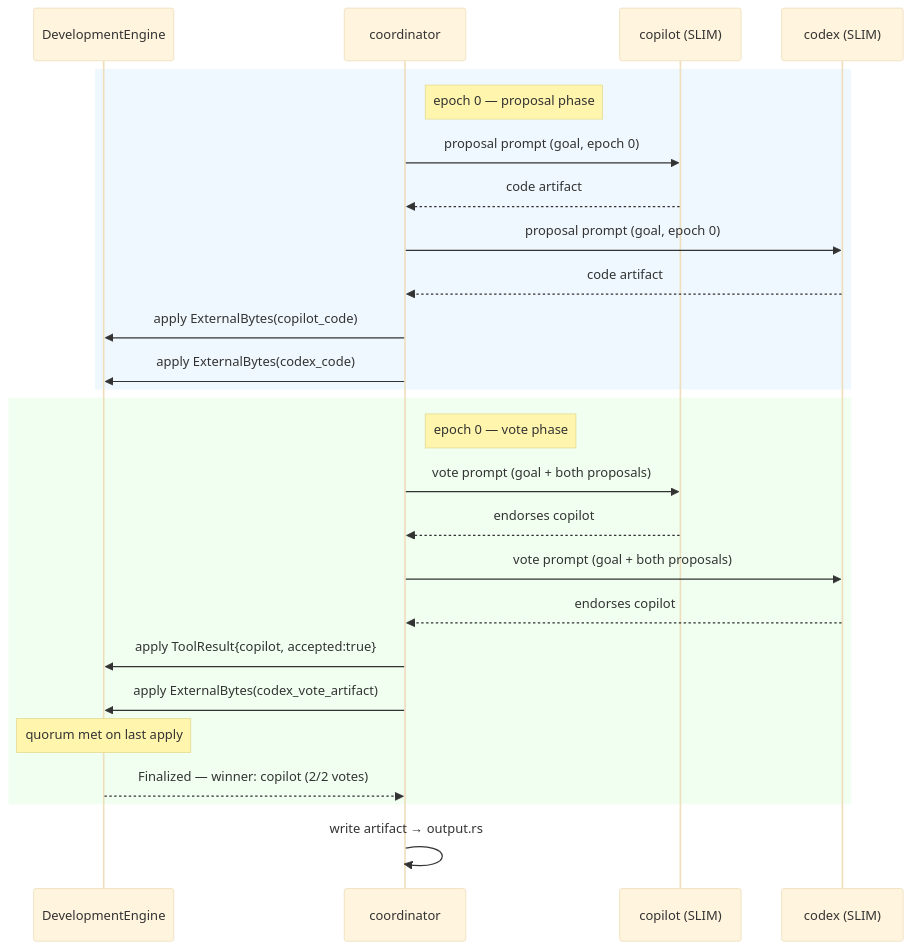
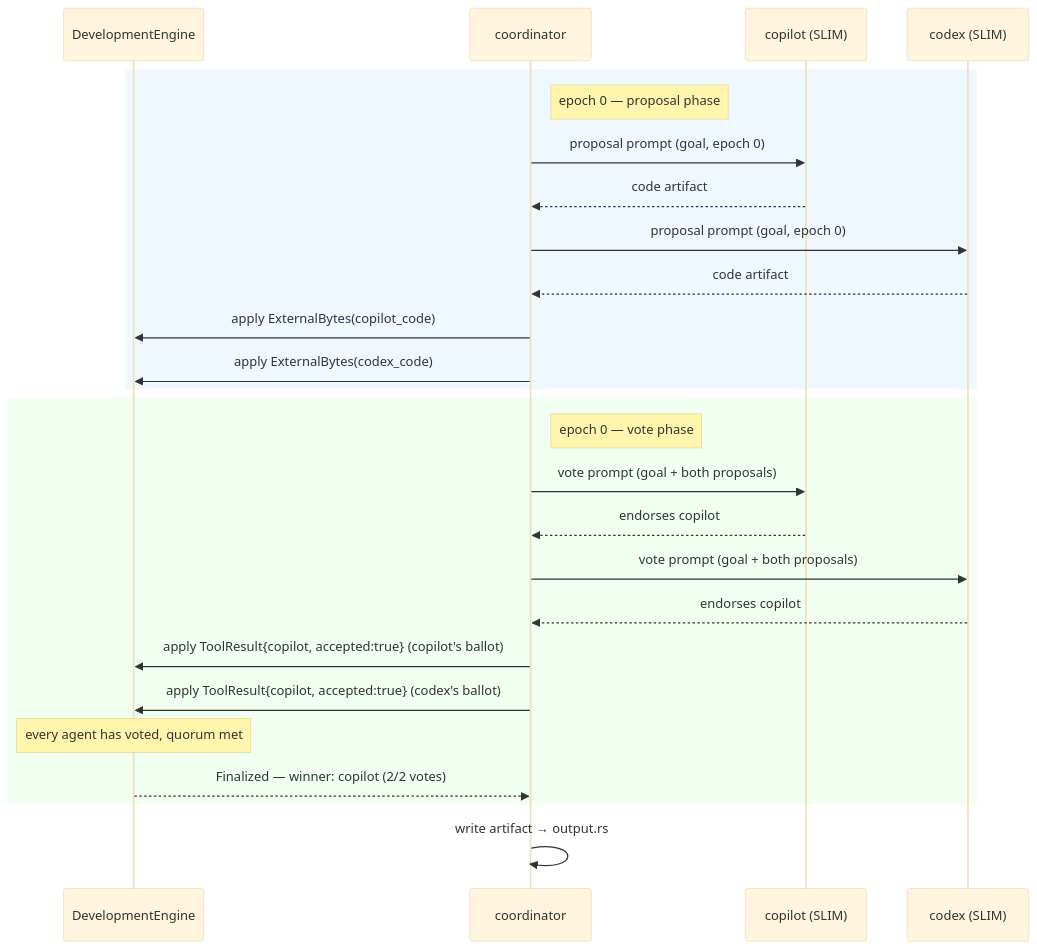
The second of 3 diagrams in docs/content/agentbridge.md (agntcy/shadi), drawn with Mermaid (base theme) before and after one commit. The commit also changed other lines of this file and 6 other files, not shown here.

````diff
--- a/docs/content/agentbridge.md
+++ b/docs/content/agentbridge.md
@@ -121,31 +123,31 @@
 ```mermaid
 sequenceDiagram
   participant MAS as DevelopmentEngine
   participant CO as coordinator
   participant A  as copilot (SLIM)
   participant B  as codex   (SLIM)
 
   rect rgb(240,248,255)
     note right of CO: epoch 0 — proposal phase
     CO->>A: proposal prompt  (goal, epoch 0)
     A-->>CO: code artifact
     CO->>B: proposal prompt  (goal, epoch 0)
     B-->>CO: code artifact
     CO->>MAS: apply ExternalBytes(copilot_code)
     CO->>MAS: apply ExternalBytes(codex_code)
   end
 
   rect rgb(240,255,240)
     note right of CO: epoch 0 — vote phase
     CO->>A: vote prompt  (goal + both proposals)
     A-->>CO: endorses copilot
     CO->>B: vote prompt  (goal + both proposals)
     B-->>CO: endorses copilot
-    CO->>MAS: apply ToolResult{copilot, accepted:true}
-    CO->>MAS: apply ExternalBytes(codex_vote_artifact)
-    note over MAS: quorum met on last apply
+    CO->>MAS: apply ToolResult{copilot, accepted:true}  (copilot's ballot)
+    CO->>MAS: apply ToolResult{copilot, accepted:true}  (codex's ballot)
+    note over MAS: every agent has voted, quorum met
     MAS-->>CO: Finalized — winner: copilot  (2/2 votes)
   end
 
   CO->>CO: write artifact → output.rs
 ```
````
